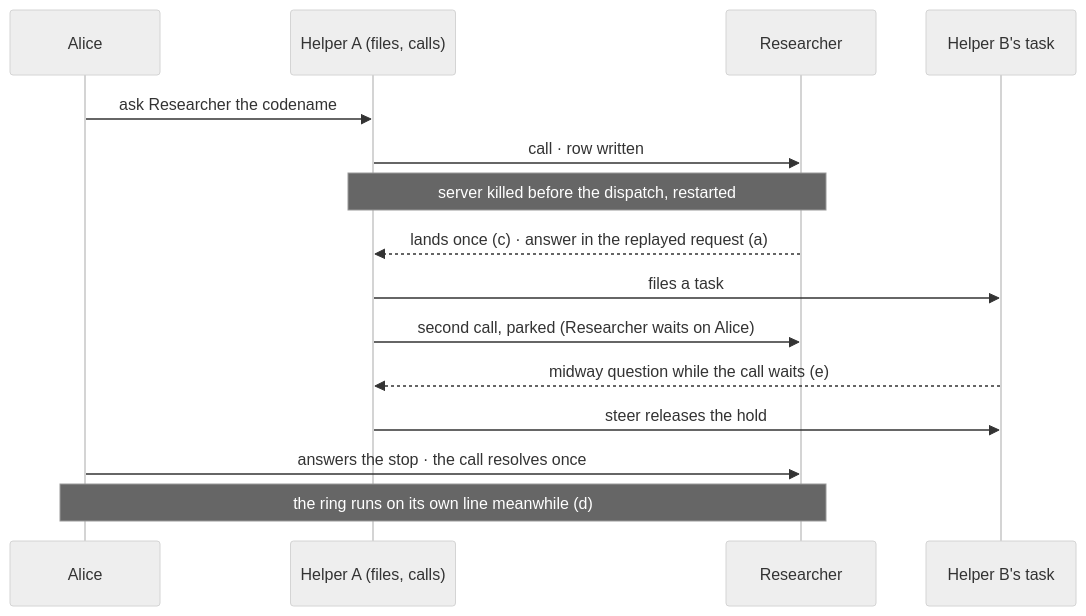
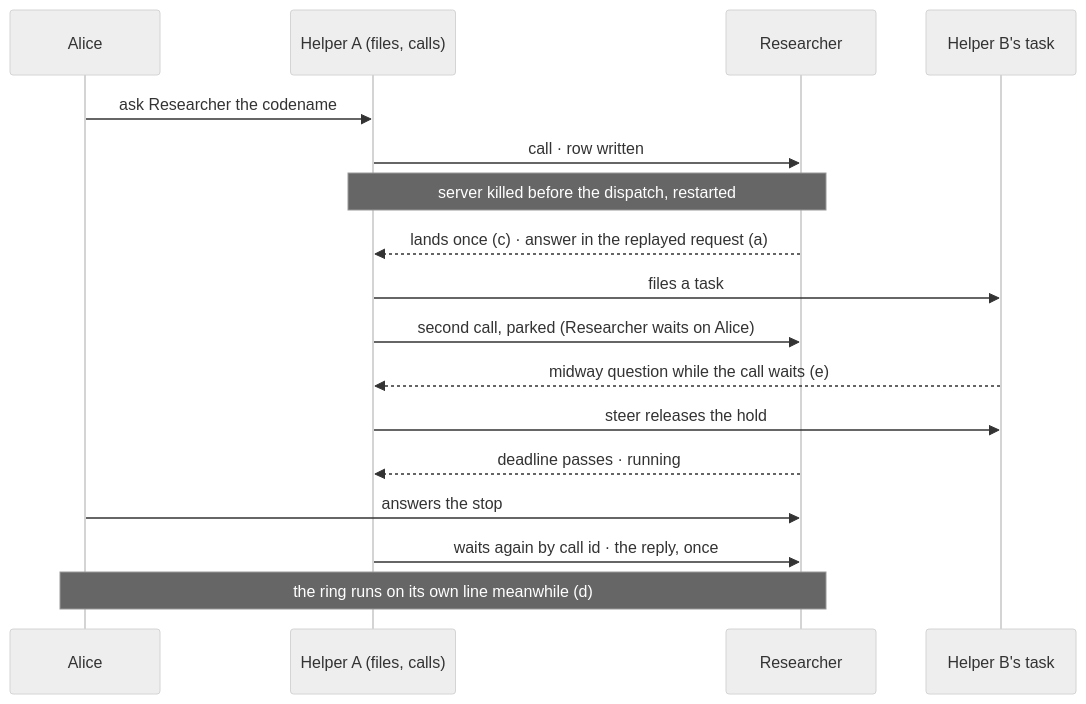
Before and after one commit to fixpoint-labs/flow-state-dev: the second of 2 diagrams in specs/issues/FIX-2242/SPEC.md, drawn with Mermaid (neutral theme). The commit also changed other lines of this file and 1 other file, not shown here.

First line of the commit message:
spec(FIX-2242): fold review: wait again graded in leg e, j1 reads a call as a tool result, rows 3 and 4 trimmed

````diff
--- a/specs/issues/FIX-2242/SPEC.md
+++ b/specs/issues/FIX-2242/SPEC.md
@@ -73,17 +74,19 @@
 ```mermaid
 sequenceDiagram
   participant Al as Alice
   participant HA as Helper A (files, calls)
   participant R as Researcher
   participant HB as Helper B's task
   Al->>HA: ask Researcher the codename
   HA->>R: call · row written
   Note over HA,R: server killed before the dispatch, restarted
   R-->>HA: lands once (c) · answer in the replayed request (a)
   HA->>HB: files a task
   HA->>R: second call, parked (Researcher waits on Alice)
   HB-->>HA: midway question while the call waits (e)
   HA->>HB: steer releases the hold
-  Al->>R: answers the stop · the call resolves once
+  R-->>HA: deadline passes · running
+  Al->>R: answers the stop
+  HA->>R: waits again by call id · the reply, once
   Note over Al,R: the ring runs on its own line meanwhile (d)
 ```
````
